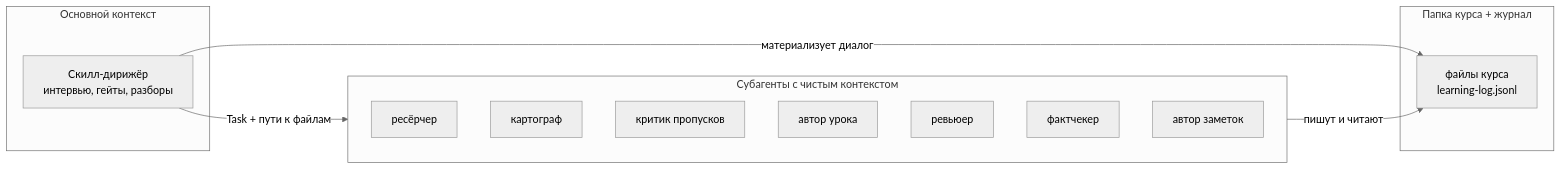
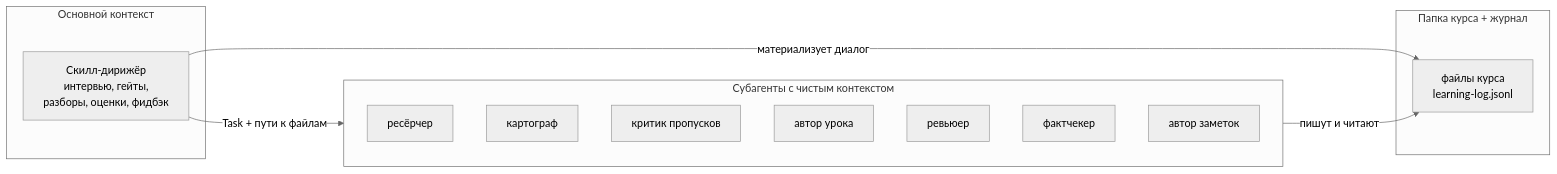
The second of 5 diagrams in README.md (cryptoyoginya/learneverything), drawn with Mermaid before and after one commit. The commit also changed other lines of this file and 11 other files, not shown here.

````diff
--- a/README.md
+++ b/README.md
@@ -41,22 +52,22 @@
 ```mermaid
 %%{init: {'theme':'neutral'}}%%
 graph LR
     subgraph Диалог["Основной контекст"]
-        S["Скилл-дирижёр<br/>интервью, гейты, разборы"]
+        S["Скилл-дирижёр<br/>интервью, гейты,<br/>разборы, оценки, фидбэк"]
     end
     subgraph Работа["Субагенты с чистым контекстом"]
         R["ресёрчер"]
         M["картограф"]
         CC["критик пропусков"]
         W["автор урока"]
         REV["ревьюер"]
         FC["фактчекер"]
         N["автор заметок"]
     end
     subgraph Память["Папка курса + журнал"]
         V["файлы курса<br/>learning-log.jsonl"]
     end
     S -->|"Task + пути к файлам"| Работа
     Работа -->|"пишут и читают"| V
     S -->|"материализует диалог"| V
 ```
````
